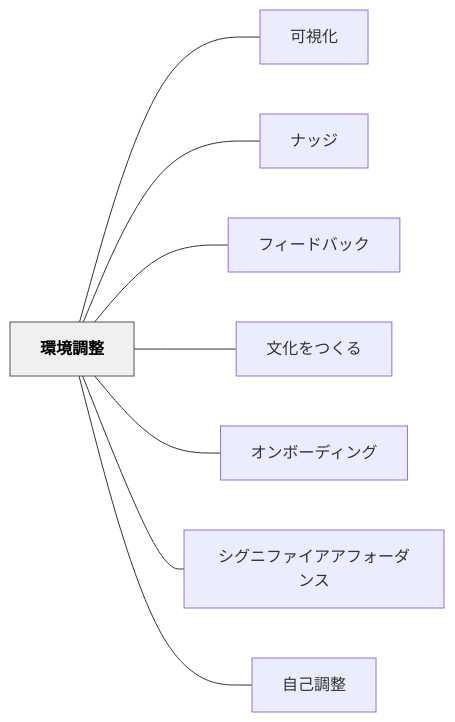
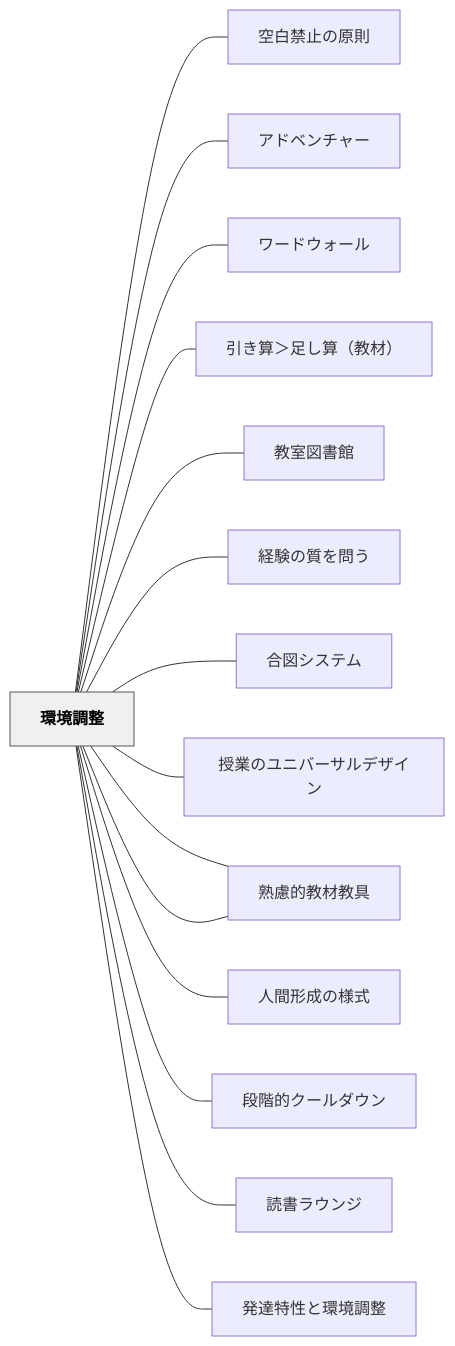
Before and after one commit to unknownthings-ed-patterns/unknownthings-ed-patterns: the diagram in content/パタン/環境調整.md, drawn with Mermaid. The commit also changed other lines of this file and 473 other files, not shown here.

````diff
--- a/content/パタン/環境調整.md
+++ b/content/パタン/環境調整.md
@@ -280,22 +294,36 @@
 ```mermaid
 flowchart LR
     ne792b0e5a283["環境調整"]
-    ne58fafe8a696["可視化"]
-    ne3838ae38383["ナッジ"]
-    ne38395e382a3["フィードバック"]
-    ne69687e58c96["文化をつくる"]
-    ne382aae383b3["オンボーディング"]
-    ne382b7e382b0["シグニファイアアフォーダンス"]
-    ne887aae5b7b1["自己調整"]
+    ne7a9bae799bd["空白禁止の原則"]
+    ne382a2e38389["アドベンチャー"]
+    ne383afe383bc["ワードウォール"]
+    ne5bc95e3818d["引き算＞足し算（教材）"]
+    ne69599e5aea4["教室図書館"]
+    ne7b58ce9a893["経験の質を問う"]
+    ne59088e59bb3["合図システム"]
+    ne68e88e6a5ad["授業のユニバーサルデザイン"]
+    ne7869fe685ae["熟慮的教育材料"]
+    ne7869fe685ae["熟慮的教材教具"]
+    ne4babae99693["人間形成の様式"]
+    ne6aeb5e99a8e["段階的クールダウン"]
+    ne8aaade69bb8["読書ラウンジ"]
+    ne799bae98194["発達特性と環境調整"]
 
-    ne792b0e5a283 --- ne58fafe8a696
-    ne792b0e5a283 --- ne3838ae38383
-    ne792b0e5a283 --- ne38395e382a3
-    ne792b0e5a283 --- ne69687e58c96
-    ne792b0e5a283 --- ne382aae383b3
-    ne792b0e5a283 --- ne382b7e382b0
-    ne792b0e5a283 --- ne887aae5b7b1
+    ne792b0e5a283 --- ne7a9bae799bd
+    ne792b0e5a283 --- ne382a2e38389
+    ne792b0e5a283 --- ne383afe383bc
+    ne792b0e5a283 --- ne5bc95e3818d
+    ne792b0e5a283 --- ne69599e5aea4
+    ne792b0e5a283 --- ne7b58ce9a893
+    ne792b0e5a283 --- ne59088e59bb3
+    ne792b0e5a283 --- ne68e88e6a5ad
+    ne792b0e5a283 --- ne7869fe685ae
+    ne792b0e5a283 --- ne7869fe685ae
+    ne792b0e5a283 --- ne4babae99693
+    ne792b0e5a283 --- ne6aeb5e99a8e
+    ne792b0e5a283 --- ne8aaade69bb8
+    ne792b0e5a283 --- ne799bae98194
 
     classDef hub fill:#f0f0f0,stroke:#555,color:#000,font-weight:bold
     class ne792b0e5a283 hub
 ```
````
